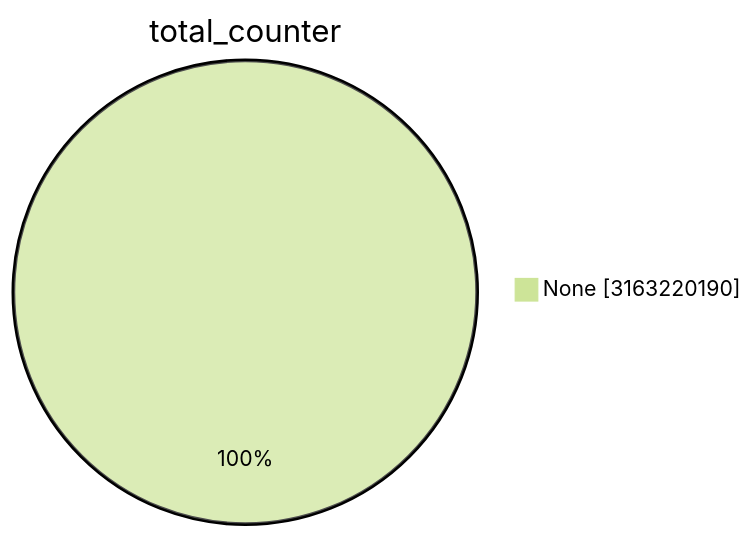
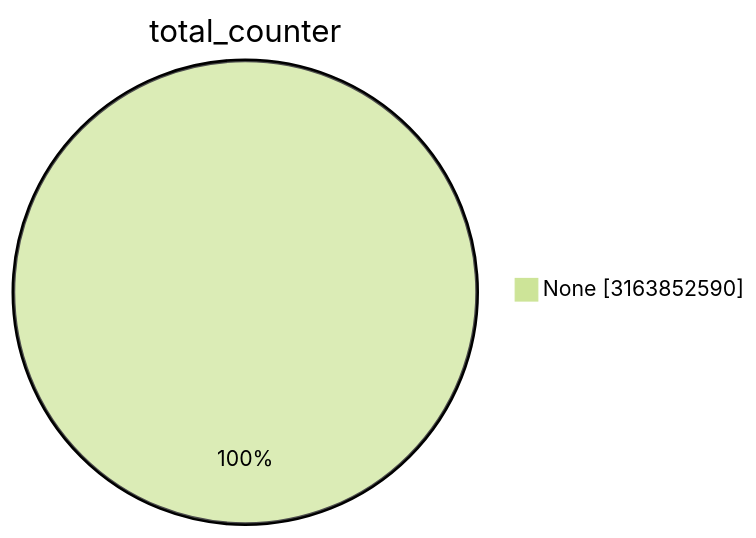
Before and after one commit to christiankrug/ctmonitor_visualization: the first of 15 diagrams in TOTAL/README.md, drawn with Mermaid (forest theme). The commit also changed other lines of this file, not shown here.

````diff
--- a/TOTAL/README.md
+++ b/TOTAL/README.md
@@ -1,5 +1,5 @@
 ```mermaid
 pie showData
 title total_counter
-"None" :3163220190
+"None" :3163852590
 ```
````
